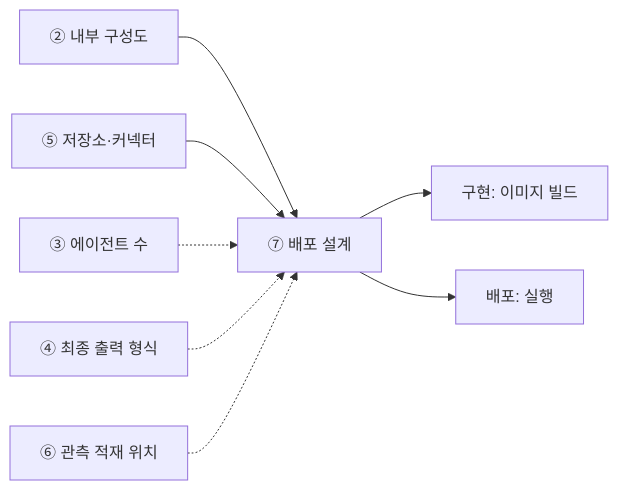
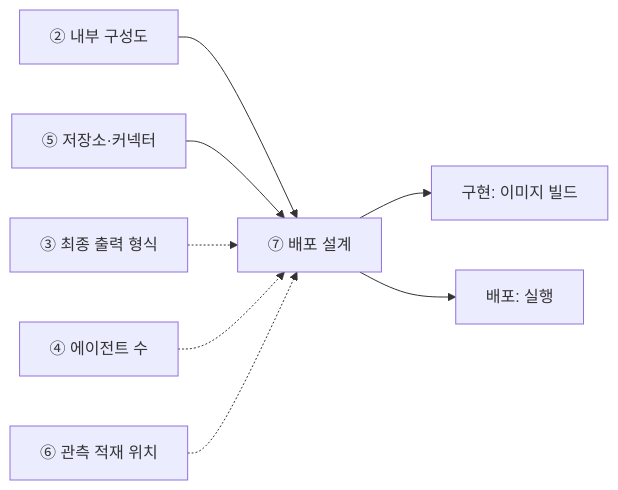
One commit to unicorn-campus/design-agentic-ai changed the diagram in guides/07-배포설계-가이드.md. Above: the diagram before and after it, drawn with Mermaid. The commit also changed other lines of this file and 67 other files, not shown here.

````diff
--- a/guides/07-배포설계-가이드.md
+++ b/guides/07-배포설계-가이드.md
@@ -20,10 +20,10 @@
 ```mermaid
 flowchart LR
   B["② 내부 구성도"] --> G["⑦ 배포 설계"]
   E["⑤ 저장소·커넥터"] --> G
-  C["③ 에이전트 수"] -.-> G
-  D["④ 최종 출력 형식"] -.-> G
+  D["③ 최종 출력 형식"] -.-> G
+  C["④ 에이전트 수"] -.-> G
   F["⑥ 관측 적재 위치"] -.-> G
   G --> H["구현: 이미지 빌드"]
   G --> I["배포: 실행"]
 ```
````
